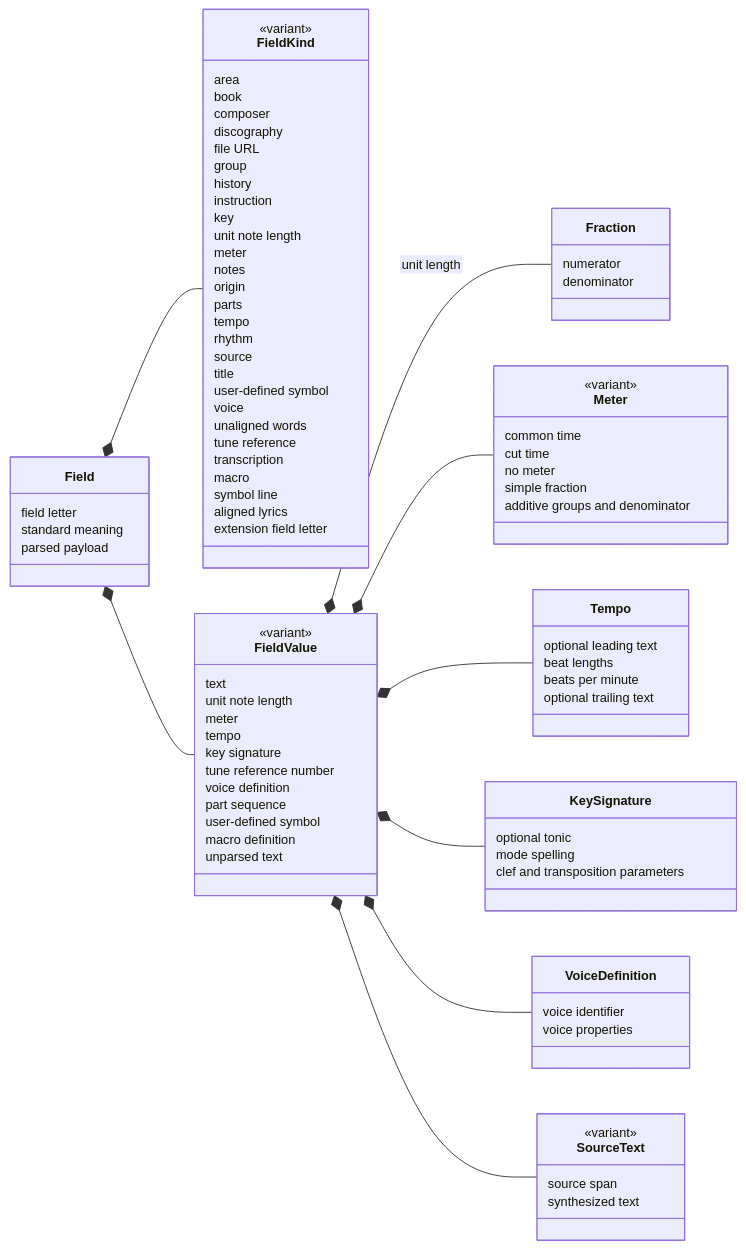
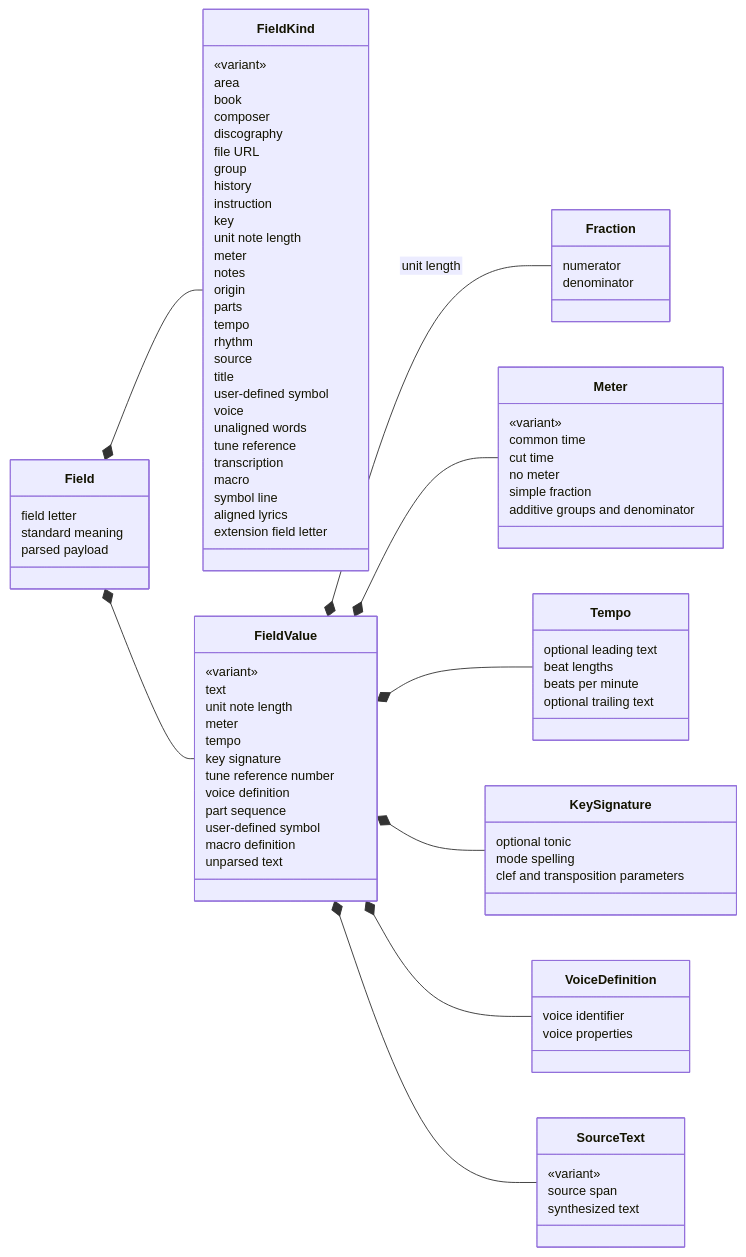
Before and after one commit to mauricebarnum/abc-parser: the sixth of 8 diagrams in abc-parser/docs/architecture.md, drawn with Mermaid. The commit also changed other lines of this file, not shown here.

First line of the commit message:
Fix mermaid classDiagram rendering in architecture docs

```diff
--- a/abc-parser/docs/architecture.md
+++ b/abc-parser/docs/architecture.md
@@ -418,7 +418,7 @@
         parsed payload
     }
     class FieldKind {
-        <<variant>>
+        «variant»
         area
         book
         composer
@@ -448,7 +448,7 @@
         extension field letter
     }
     class FieldValue {
-        <<variant>>
+        «variant»
         text
         unit note length
         meter
@@ -466,7 +466,7 @@
         denominator
     }
     class Meter {
-        <<variant>>
+        «variant»
         common time
         cut time
         no meter
@@ -489,7 +489,7 @@
         voice properties
     }
     class SourceText {
-        <<variant>>
+        «variant»
         source span
         synthesized text
     }
```
